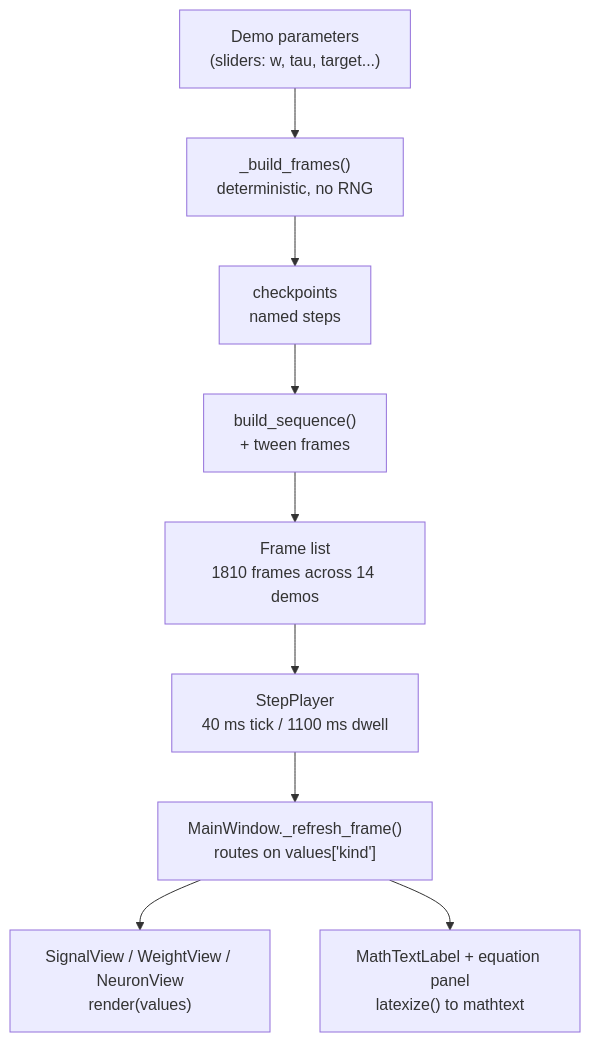
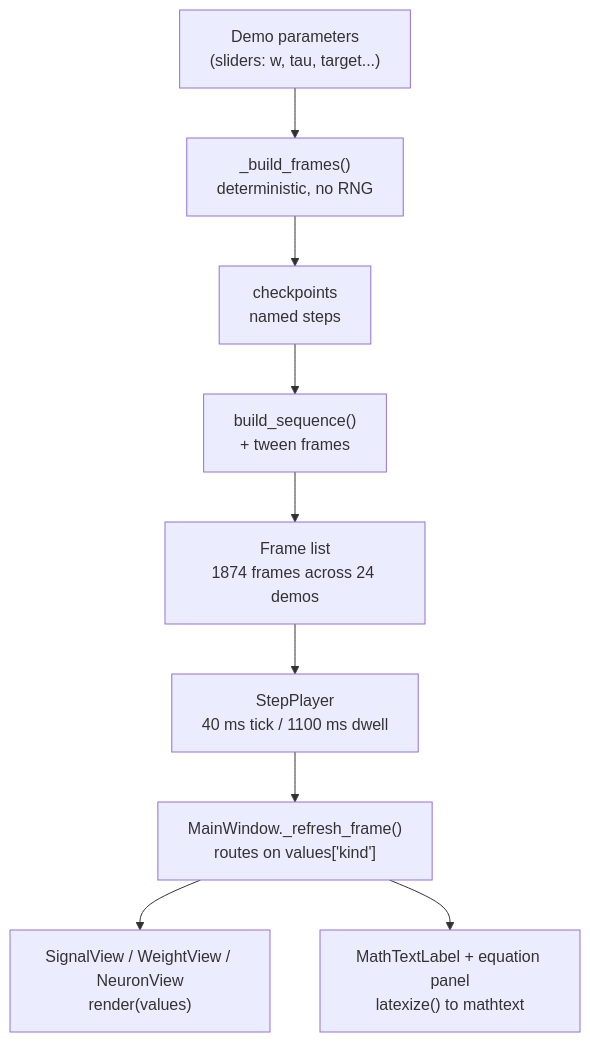
The diagram in software/nn/.wiki/Demos/efficient-nn-lab.md (ensismoebius/doutorado), drawn with Mermaid before and after one commit. The commit also changed other lines of this file and 56 other files, not shown here.

````diff
--- a/software/nn/.wiki/Demos/efficient-nn-lab.md
+++ b/software/nn/.wiki/Demos/efficient-nn-lab.md
@@ -115,11 +118,11 @@
 ```mermaid
 flowchart TD
     P["Demo parameters<br/>(sliders: w, tau, target...)"] --> B["_build_frames()<br/>deterministic, no RNG"]
     B --> C["checkpoints<br/>named steps"]
     C --> T["build_sequence()<br/>+ tween frames"]
-    T --> L["Frame list<br/>1810 frames across 14 demos"]
+    T --> L["Frame list<br/>1874 frames across 24 demos"]
     L --> S["StepPlayer<br/>40 ms tick / 1100 ms dwell"]
     S --> M["MainWindow._refresh_frame()<br/>routes on values['kind']"]
     M --> V["SignalView / WeightView / NeuronView<br/>render(values)"]
     M --> E["MathTextLabel + equation panel<br/>latexize() to mathtext"]
 ```
````
